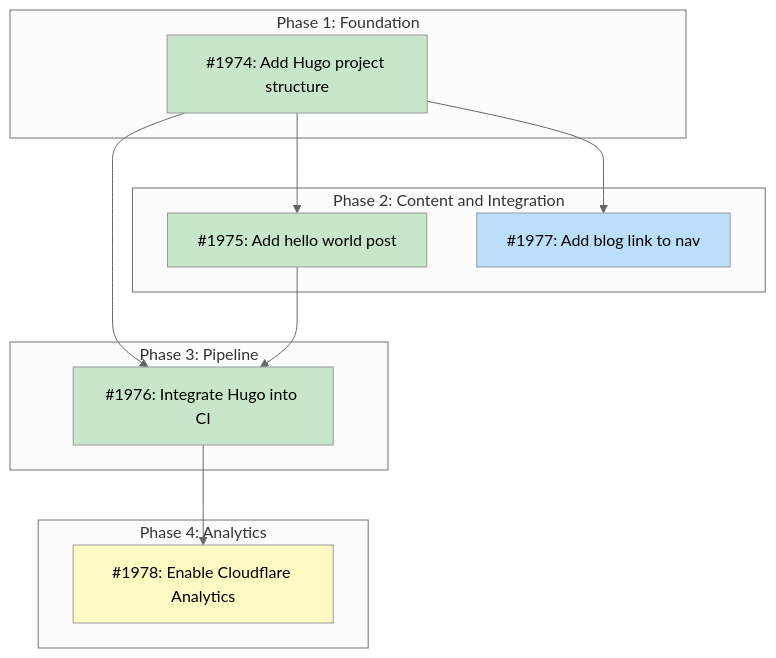
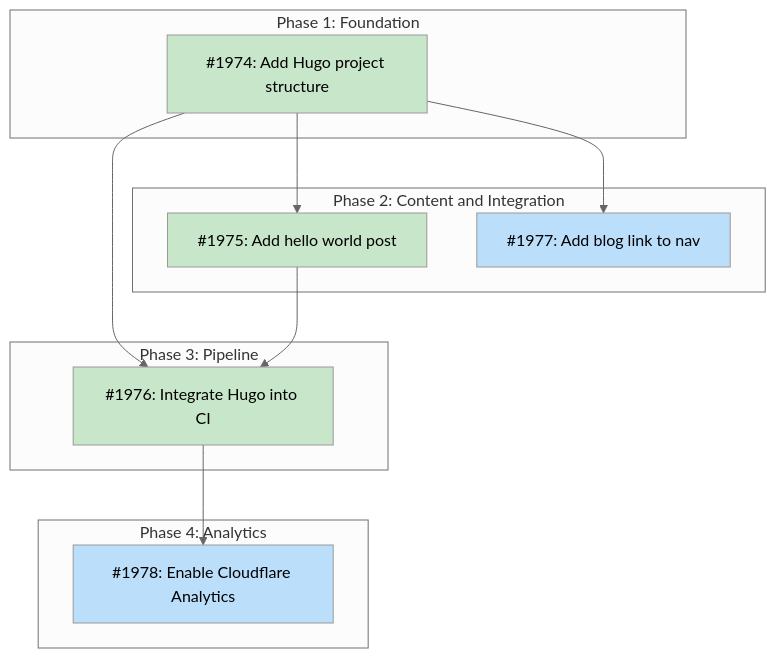
The diagram in docs/designs/DESIGN-blog-infrastructure.md (tsukumogami/tsuku), drawn with Mermaid (neutral theme) before and after one commit. The commit also changed 1 other file, not shown here.

Commit message:
fix(blog): correct Hugo .deb filename for checksum verification
The sha256sum check expects the original filename from the checksums
file (hugo_0.147.0_linux-amd64.deb) but the .deb was downloaded as
hugo.deb. Download with the original filename so the checksum
verification passes.

Also fix #1978 Mermaid class: blocked -> ready since its dependency
#1976 is now done.

````diff
--- a/docs/designs/DESIGN-blog-infrastructure.md
+++ b/docs/designs/DESIGN-blog-infrastructure.md
@@ -55,35 +55,34 @@
 ```mermaid
 graph TD
     subgraph Phase1["Phase 1: Foundation"]
         I1974["#1974: Add Hugo project structure"]
     end
 
     subgraph Phase2["Phase 2: Content and Integration"]
         I1975["#1975: Add hello world post"]
         I1977["#1977: Add blog link to nav"]
     end
 
     subgraph Phase3["Phase 3: Pipeline"]
         I1976["#1976: Integrate Hugo into CI"]
     end
 
     subgraph Phase4["Phase 4: Analytics"]
         I1978["#1978: Enable Cloudflare Analytics"]
     end
 
     I1974 --> I1975
     I1974 --> I1976
     I1974 --> I1977
     I1975 --> I1976
     I1976 --> I1978
 
     classDef done fill:#c8e6c9
     classDef ready fill:#bbdefb
     classDef blocked fill:#fff9c4
     classDef needsDesign fill:#e1bee7
     classDef tracksDesign fill:#FFE0B2,stroke:#F57C00,color:#000
 
     class I1974,I1975,I1976 done
-    class I1977 ready
-    class I1978 blocked
+    class I1977,I1978 ready
 ```
````
